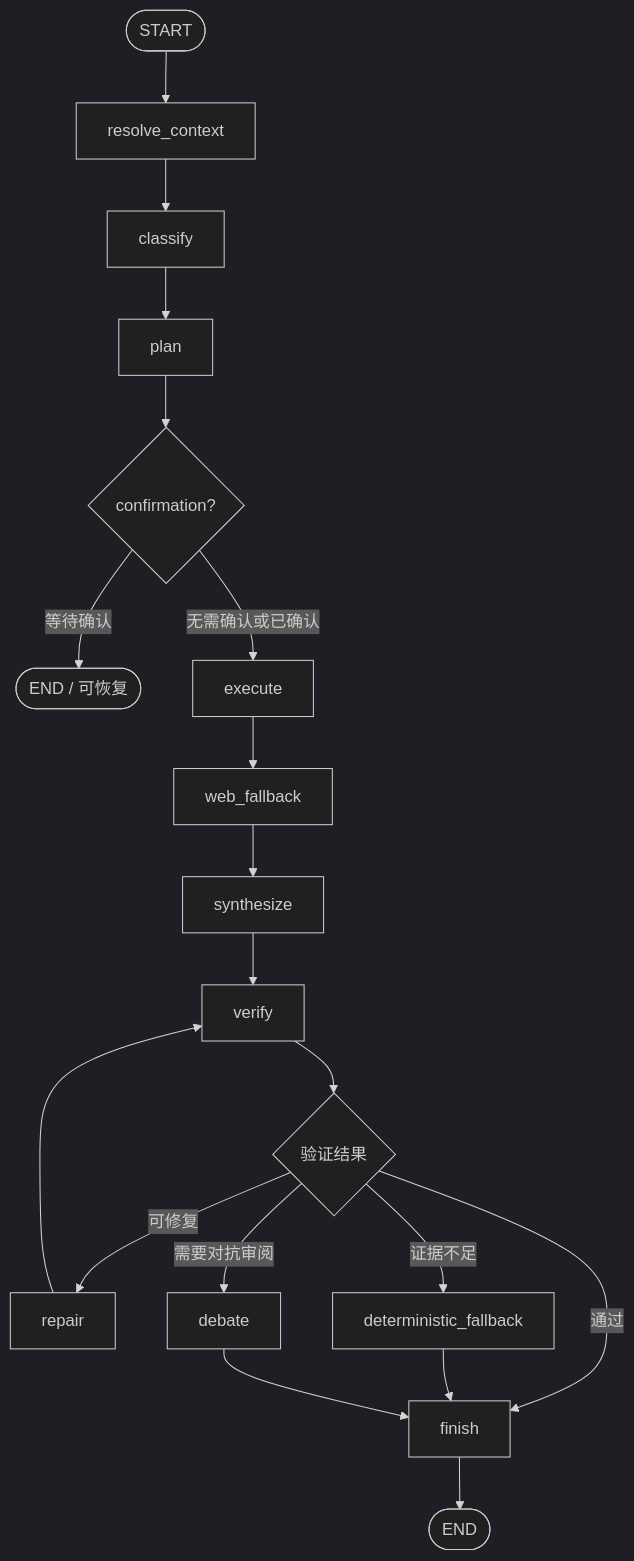
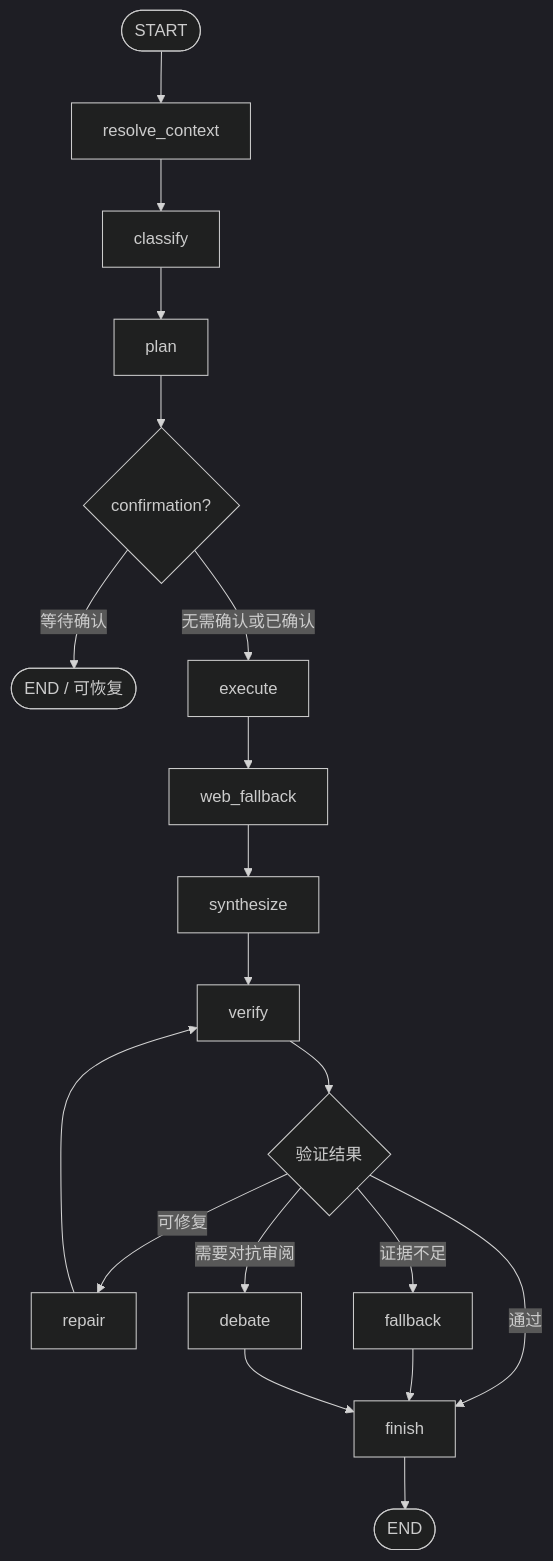
One commit to YuhanWang03/market-intelligence-workbench changed the third of 3 diagrams in README.md. Above: the diagram before and after it, drawn with Mermaid (dark theme). The commit also changed other lines of this file and 2 other files, not shown here.

First line of the commit message:
docs: sync agent v3 diagram and install instructions

````diff
--- a/README.md
+++ b/README.md
@@ -227,21 +227,21 @@
 ```mermaid
 flowchart TD
     A([START]) --> B[resolve_context]
     B --> C[classify]
     C --> D[plan]
     D --> E{confirmation?}
     E -- 等待确认 --> Z([END / 可恢复])
     E -- 无需确认或已确认 --> F[execute]
     F --> G[web_fallback]
     G --> H[synthesize]
     H --> I[verify]
     I --> J{验证结果}
     J -- 可修复 --> K[repair]
     K --> I
-    J -- 证据不足 --> L[deterministic_fallback]
+    J -- 证据不足 --> L[fallback]
     J -- 需要对抗审阅 --> M[debate]
     J -- 通过 --> N[finish]
     L --> N
     M --> N
     N --> O([END])
 ```
````
